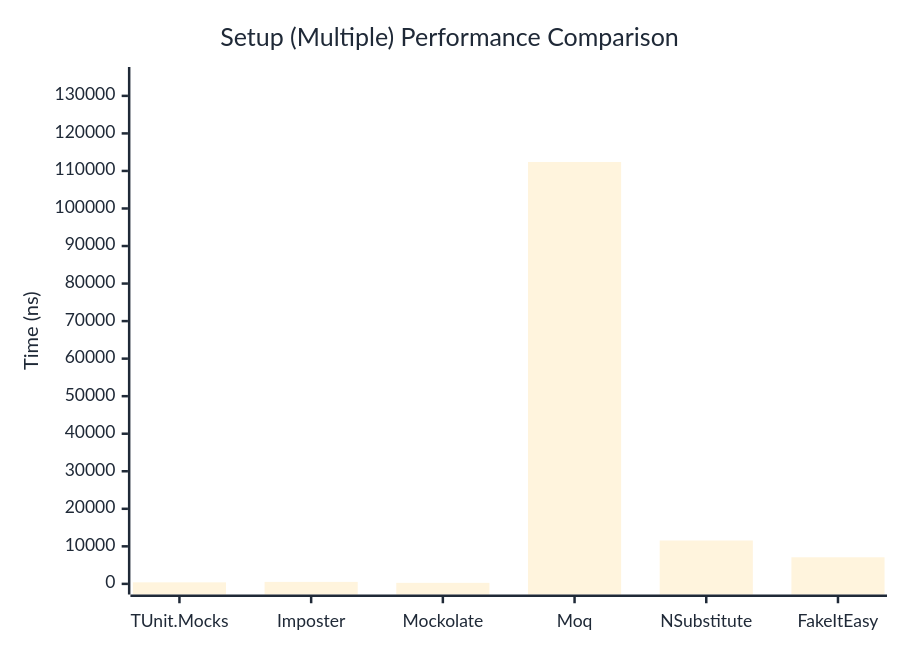
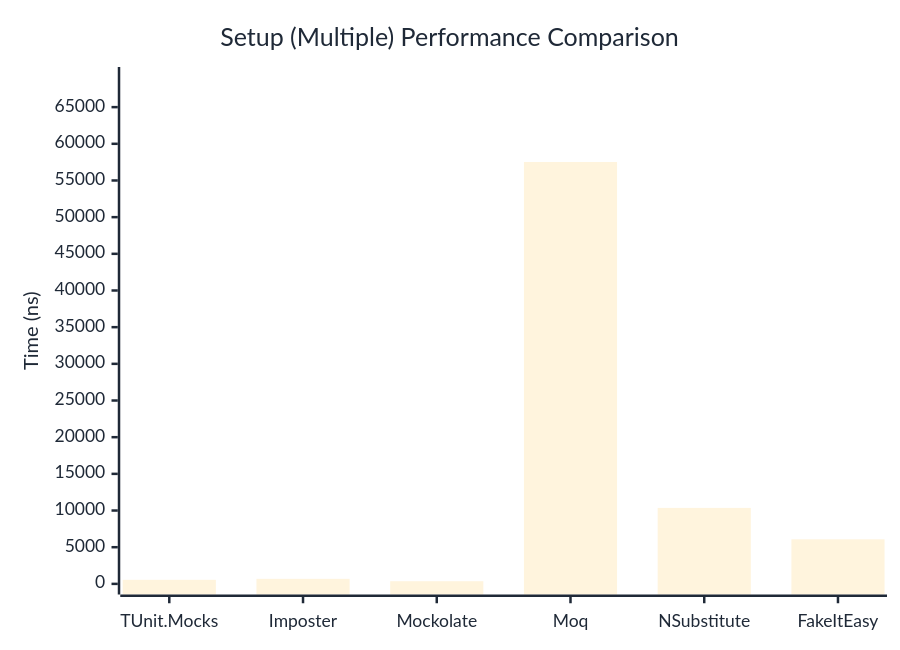
One commit to thomhurst/TUnit changed the second of 2 diagrams in docs/docs/benchmarks/mocks/Setup.md. Above: the diagram before and after it, drawn with Mermaid. The commit also changed other lines of this file and 14 other files, not shown here.

````diff
--- a/docs/docs/benchmarks/mocks/Setup.md
+++ b/docs/docs/benchmarks/mocks/Setup.md
@@ -71,27 +71,27 @@
 ```mermaid
 %%{init: {
   'theme':'base',
   'themeVariables': {
     'primaryColor': '#2563eb',
     'primaryTextColor': '#1f2937',
     'primaryBorderColor': '#1e40af',
     'lineColor': '#6b7280',
     'secondaryColor': '#7c3aed',
     'tertiaryColor': '#dc2626',
     'background': '#ffffff',
     'pie1': '#2563eb',
     'pie2': '#7c3aed',
     'pie3': '#dc2626',
     'pie4': '#f59e0b',
     'pie5': '#10b981',
     'pie6': '#06b6d4',
     'pie7': '#ec4899',
     'pie8': '#6366f1'
   }
 }}%%
 xychart-beta
   title "Setup (Multiple) Performance Comparison"
   x-axis ["TUnit.Mocks", "Imposter", "Mockolate", "Moq", "NSubstitute", "FakeItEasy"]
-  y-axis "Time (ns)" 0 --> 134859
-  bar [407.8, 521.8, 273.4, 112381.7, 11555.9, 7084.7]
+  y-axis "Time (ns)" 0 --> 69023
+  bar [552.9, 687, 363, 57519, 10356.9, 6078.3]
 ```
````
